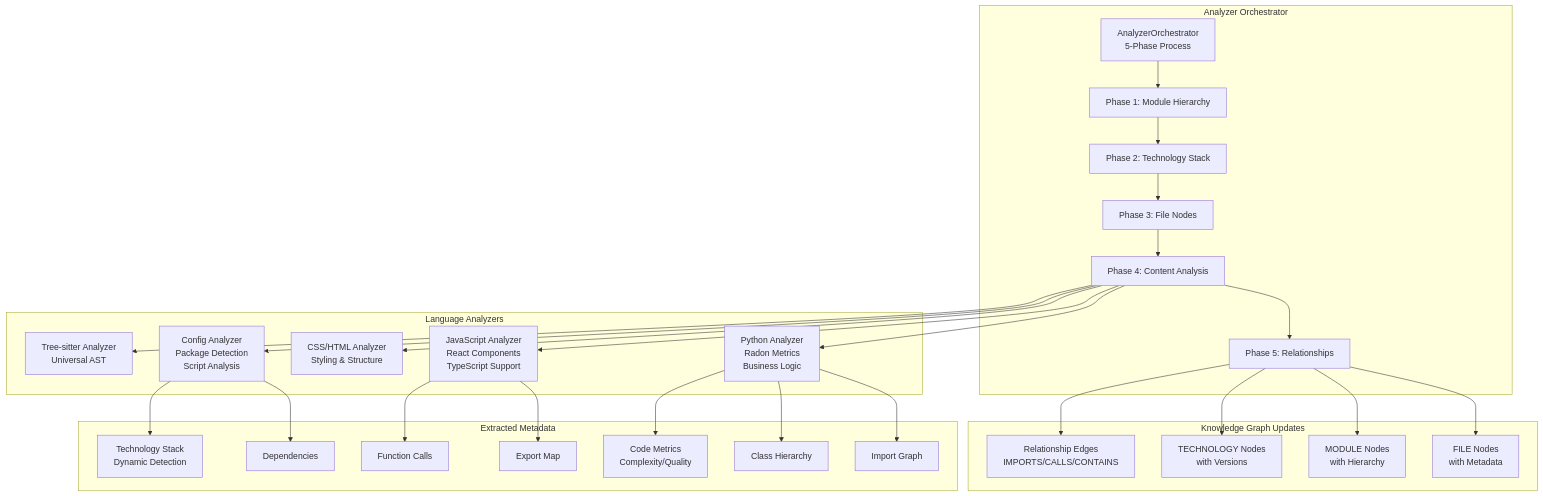
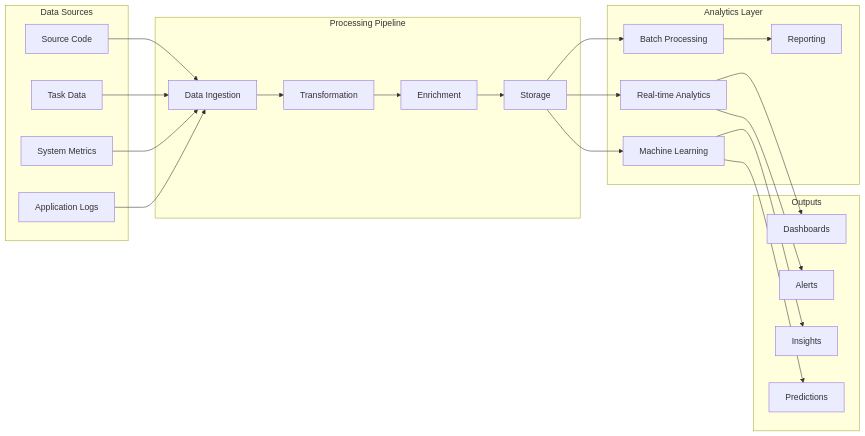
One commit to CrewWorkAI/docs changed the eighth of 13 diagrams in architecture-diagrams.md. Above: the diagram before and after it, drawn with Mermaid. The commit also changed other lines of this file and 11 other files, not shown here.

First line of the commit message:
Adds initial architecture documentation

````diff
--- a/architecture-diagrams.md
+++ b/architecture-diagrams.md
@@ -361,61 +346,49 @@
 ```mermaid
-flowchart TB
-    subgraph "Analyzer Orchestrator"
-        ORCH[AnalyzerOrchestrator<br/>5-Phase Process]
-        PHASE1[Phase 1: Module Hierarchy]
-        PHASE2[Phase 2: Technology Stack]
-        PHASE3[Phase 3: File Nodes]
-        PHASE4[Phase 4: Content Analysis]
-        PHASE5[Phase 5: Relationships]
+graph LR
+    subgraph "Data Sources"
+        CODE[Source Code]
+        TASKS[Task Data]
+        METRICS[System Metrics]
+        LOGS[Application Logs]
     end
     
-    subgraph "Language Analyzers"
-        PY[Python Analyzer<br/>Radon Metrics<br/>Business Logic]
-        JS[JavaScript Analyzer<br/>React Components<br/>TypeScript Support]
-        CSS[CSS/HTML Analyzer<br/>Styling & Structure]
-        CONFIG[Config Analyzer<br/>Package Detection<br/>Script Analysis]
-        TS[Tree-sitter Analyzer<br/>Universal AST]
+    subgraph "Processing Pipeline"
+        INGEST[Data Ingestion]
+        TRANSFORM[Transformation]
+        ENRICH[Enrichment]
+        STORE[Storage]
     end
     
-    subgraph "Extracted Metadata"
-        IMPORTS[Import Graph]
-        EXPORTS[Export Map]
-        CLASSES[Class Hierarchy]
-        FUNCS[Function Calls]
-        DEPS[Dependencies]
-        METRICS[Code Metrics<br/>Complexity/Quality]
-        TECH_STACK[Technology Stack<br/>Dynamic Detection]
+    subgraph "Analytics Layer"
+        REALTIME[Real-time Analytics]
+        BATCH[Batch Processing]
+        ML[Machine Learning]
+        REPORT[Reporting]
     end
     
-    subgraph "Knowledge Graph Updates"
-        FILE_NODES[FILE Nodes<br/>with Metadata]
-        MODULE_NODES[MODULE Nodes<br/>with Hierarchy]
-        TECH_NODES[TECHNOLOGY Nodes<br/>with Versions]
-        REL_EDGES[Relationship Edges<br/>IMPORTS/CALLS/CONTAINS]
+    subgraph "Outputs"
+        DASH[Dashboards]
+        ALERTS[Alerts]
+        INSIGHTS[Insights]
+        PREDICT[Predictions]
     end
     
-    ORCH --> PHASE1
-    PHASE1 --> PHASE2
-    PHASE2 --> PHASE3
-    PHASE3 --> PHASE4
-    PHASE4 --> PHASE5
+    CODE --> INGEST
+    TASKS --> INGEST
+    METRICS --> INGEST
+    LOGS --> INGEST
     
-    PHASE4 --> PY
-    PHASE4 --> JS
-    PHASE4 --> CSS
-    PHASE4 --> CONFIG
-    PHASE4 --> TS
+    INGEST --> TRANSFORM
+    TRANSFORM --> ENRICH
+    ENRICH --> STORE
     
-    PY --> IMPORTS
-    JS --> EXPORTS
-    PY --> CLASSES
-    JS --> FUNCS
-    CONFIG --> DEPS
-    PY --> METRICS
-    CONFIG --> TECH_STACK
+    STORE --> REALTIME
+    STORE --> BATCH
+    STORE --> ML
     
-    PHASE5 --> FILE_NODES
-    PHASE5 --> MODULE_NODES
-    PHASE5 --> TECH_NODES
-    PHASE5 --> REL_EDGES
+    REALTIME --> DASH
+    BATCH --> REPORT
+    ML --> INSIGHTS
+    ML --> PREDICT
+    REALTIME --> ALERTS
 ```
````
